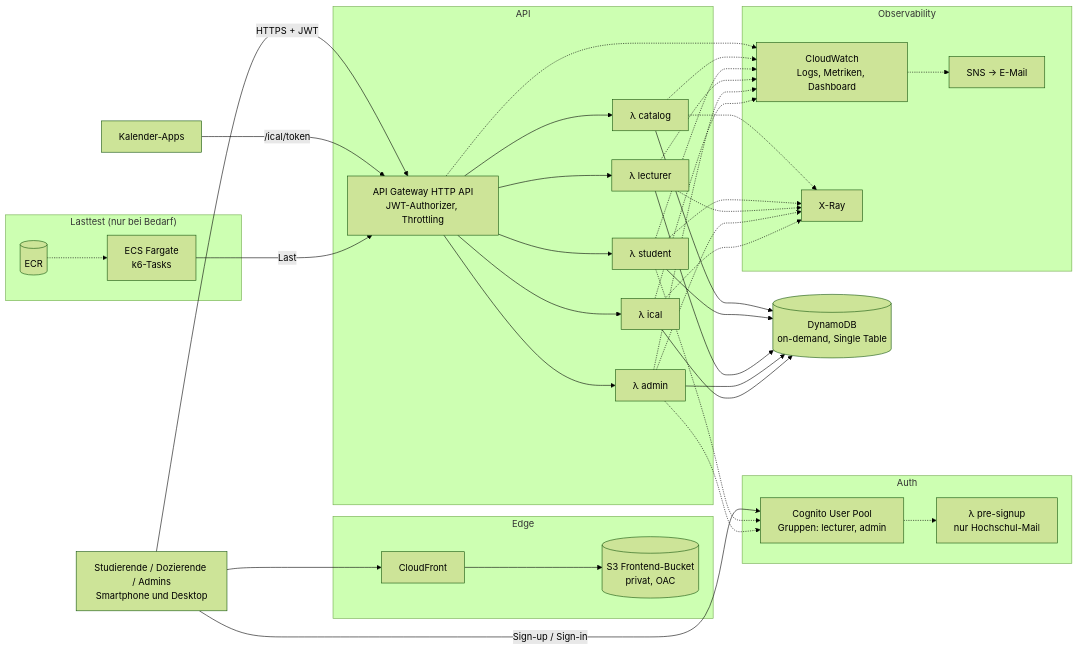
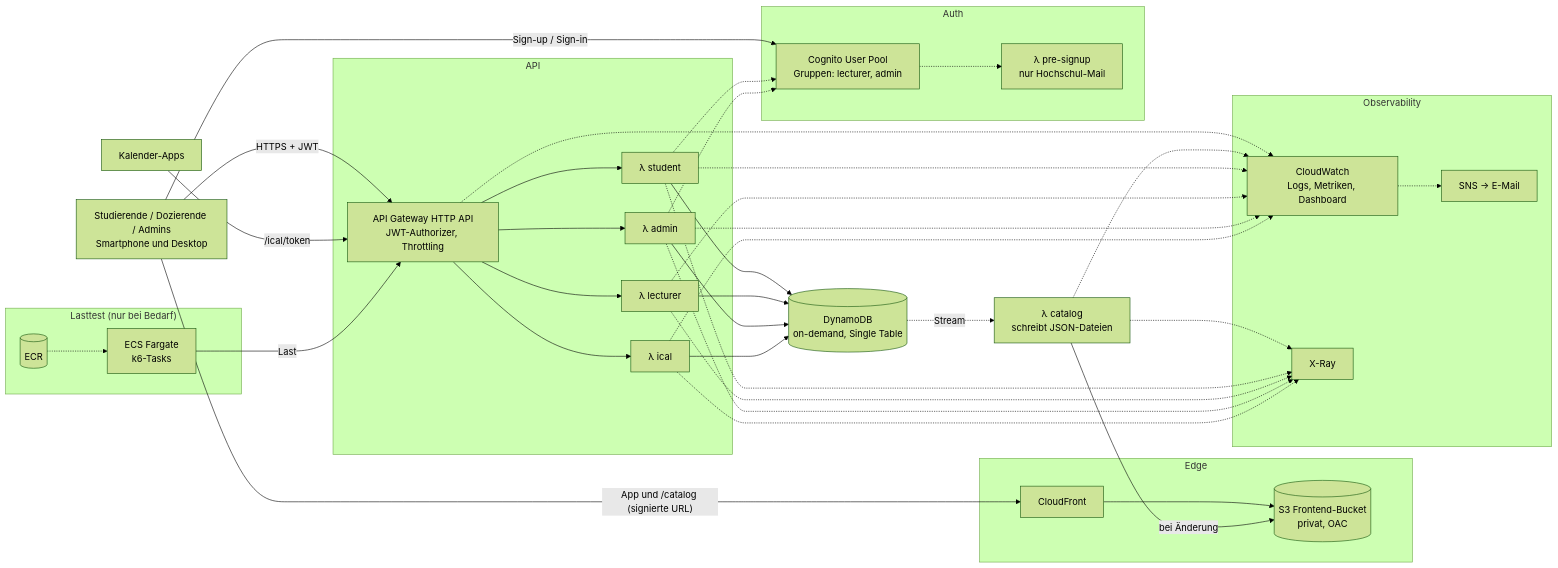
One commit to CCTeamNV/CloudComputingSplanForMobile changed the diagram in README.md. Above: the diagram before and after it, drawn with Mermaid (forest theme). The commit also changed other lines of this file and 8 other files, not shown here.

````diff
--- a/README.md
+++ b/README.md
@@ -35,50 +35,52 @@
 ```mermaid
 flowchart LR
     U["Studierende / Dozierende / Admins<br/>Smartphone und Desktop"]
     CAL["Kalender-Apps"]
 
     subgraph Edge
         CF["CloudFront"]
         S3F[("S3 Frontend-Bucket<br/>privat, OAC")]
     end
 
     subgraph Auth
         COG["Cognito User Pool<br/>Gruppen: lecturer, admin"]
         PRE["λ pre-signup<br/>nur Hochschul-Mail"]
     end
 
     subgraph API
         APIGW["API Gateway HTTP API<br/>JWT-Authorizer, Throttling"]
-        LC["λ catalog"]
         LS["λ student"]
         LL["λ lecturer"]
         LA["λ admin"]
         LI["λ ical"]
     end
 
     DDB[("DynamoDB<br/>on-demand, Single Table")]
+    LC["λ catalog<br/>schreibt JSON-Dateien"]
 
     subgraph Observability
         CW["CloudWatch<br/>Logs, Metriken, Dashboard"]
         XR["X-Ray"]
         SNS["SNS → E-Mail"]
     end
 
     subgraph Lasttest["Lasttest (nur bei Bedarf)"]
         ECS["ECS Fargate<br/>k6-Tasks"]
         ECR[("ECR")]
     end
 
-    U --> CF --> S3F
+    U -- "App und /catalog (signierte URL)" --> CF --> S3F
     U -- "Sign-up / Sign-in" --> COG
     COG -.-> PRE
     U -- "HTTPS + JWT" --> APIGW
     CAL -- "/ical/token" --> APIGW
-    APIGW --> LC & LS & LL & LA & LI
-    LC & LS & LL & LA & LI --> DDB
+    APIGW --> LS & LL & LA & LI
+    LS & LL & LA & LI --> DDB
+    DDB -. "Stream" .-> LC
+    LC -- "bei Änderung" --> S3F
     LS & LA -.-> COG
     APIGW & LC & LS & LL & LA & LI -.-> CW
     LC & LS & LL & LA & LI -.-> XR
     CW -.-> SNS
     ECR -.-> ECS -- "Last" --> APIGW
 ```
````
